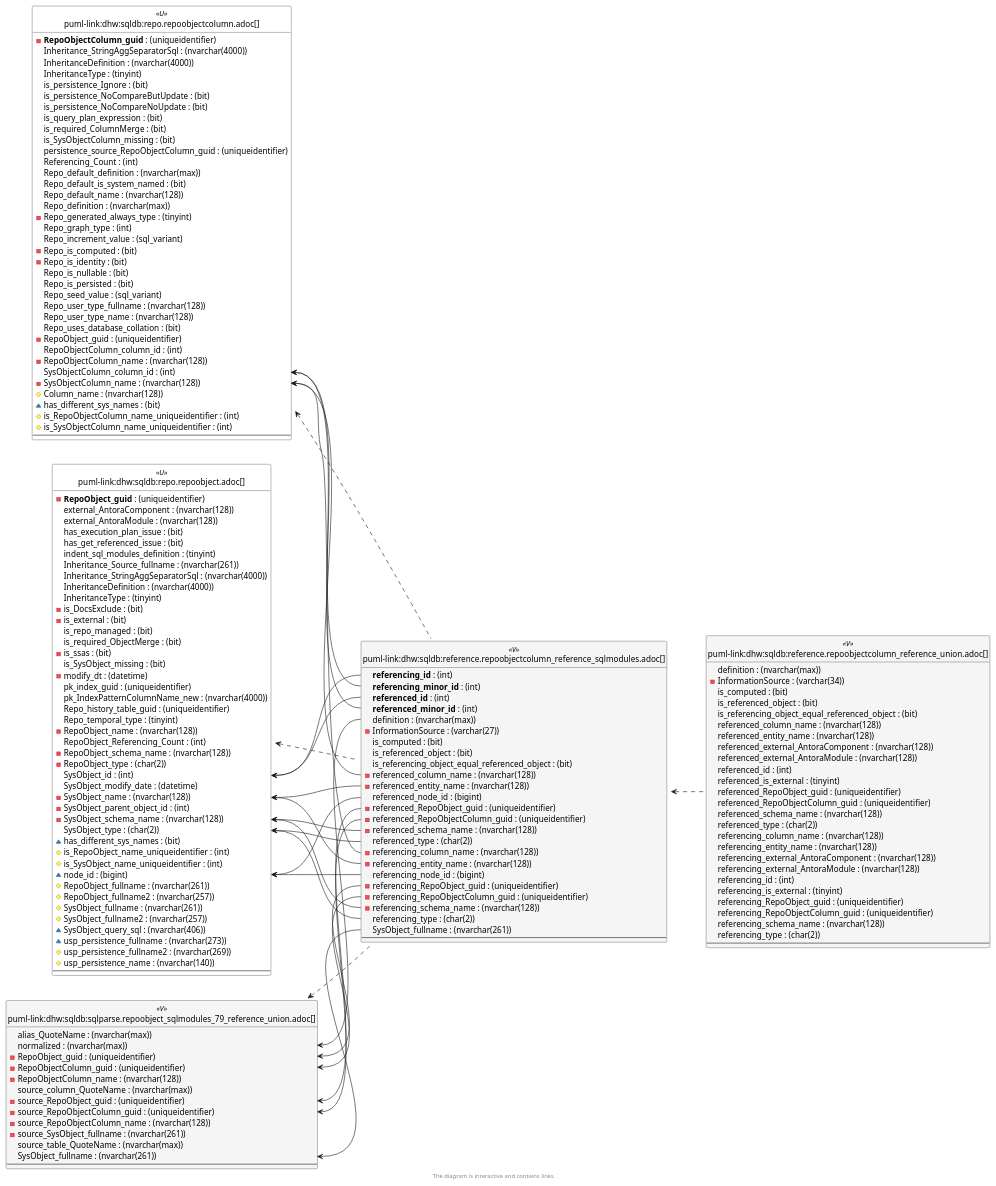
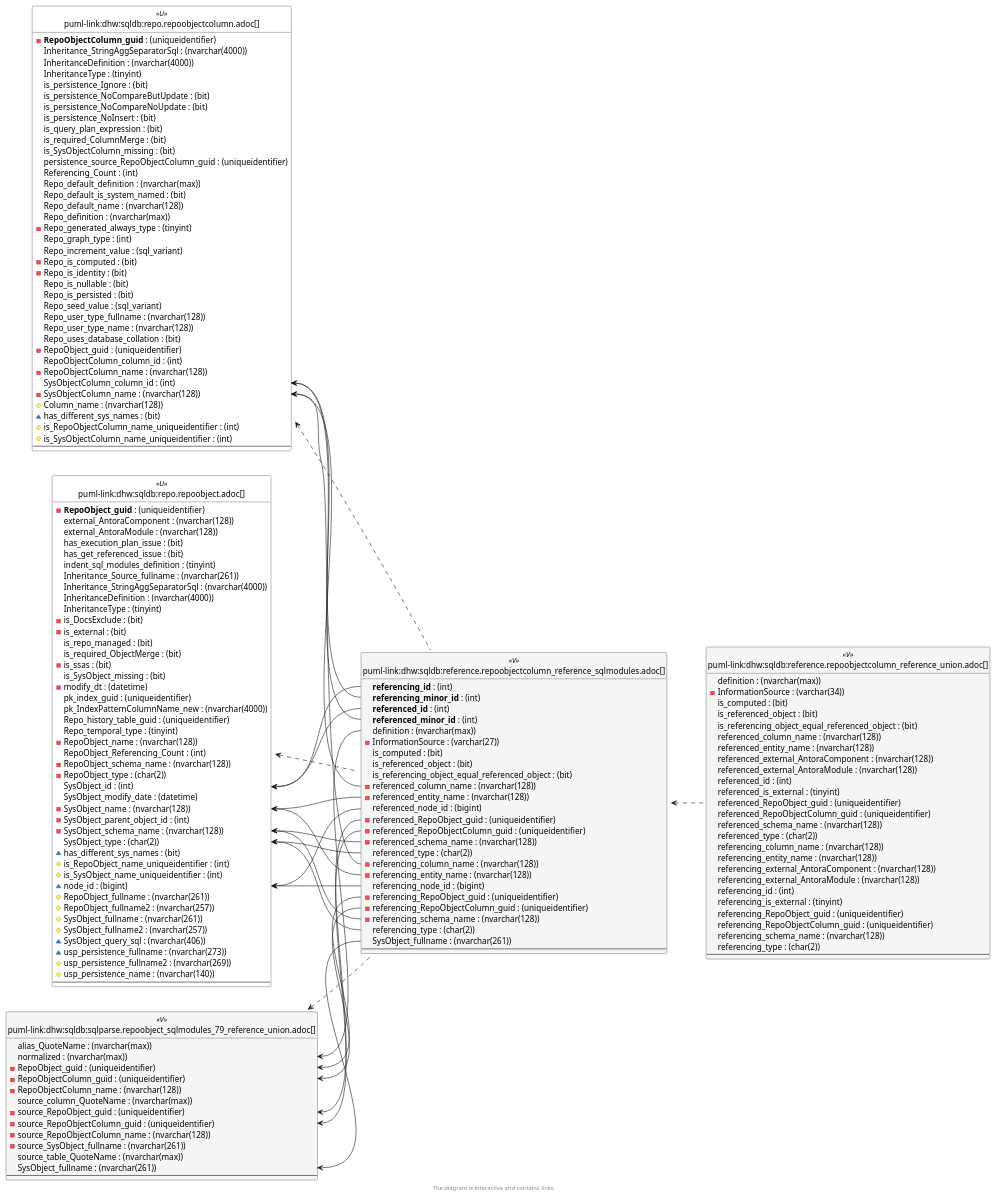
The sixth of 6 diagrams in docs/modules/sqldb/partials/content/reference.repoobjectcolumn_reference_sqlmodules.adoc (DataHandwerk/dhw-antora-sqldb), drawn with PlantUML before and after one commit. The commit also changed other lines of this file and 701 other files, not shown here.

```diff
--- a/docs/modules/sqldb/partials/content/reference.repoobjectcolumn_reference_sqlmodules.adoc
+++ b/docs/modules/sqldb/partials/content/reference.repoobjectcolumn_reference_sqlmodules.adoc
@@ -2453,6 +2471,7 @@
   is_persistence_Ignore : (bit)
   is_persistence_NoCompareButUpdate : (bit)
   is_persistence_NoCompareNoUpdate : (bit)
+  is_persistence_NoInsert : (bit)
   is_query_plan_expression : (bit)
   is_required_ColumnMerge : (bit)
   is_SysObjectColumn_missing : (bit)
@@ -2517,8 +2536,8 @@
 "repo.RepoObject::SysObject_type" <-- "reference.RepoObjectColumn_reference_SqlModules::referencing_type"
 "repo.RepoObjectColumn::SysObjectColumn_column_id" <-- "reference.RepoObjectColumn_reference_SqlModules::referenced_minor_id"
 "repo.RepoObjectColumn::SysObjectColumn_column_id" <-- "reference.RepoObjectColumn_reference_SqlModules::referencing_minor_id"
+"repo.RepoObjectColumn::SysObjectColumn_name" <-- "reference.RepoObjectColumn_reference_SqlModules::referenced_column_name"
 "repo.RepoObjectColumn::SysObjectColumn_name" <-- "reference.RepoObjectColumn_reference_SqlModules::referencing_column_name"
-"repo.RepoObjectColumn::SysObjectColumn_name" <-- "reference.RepoObjectColumn_reference_SqlModules::referenced_column_name"
 "sqlparse.RepoObject_SqlModules_79_reference_union::normalized" <-- "reference.RepoObjectColumn_reference_SqlModules::definition"
 "sqlparse.RepoObject_SqlModules_79_reference_union::RepoObject_guid" <-- "reference.RepoObjectColumn_reference_SqlModules::referencing_RepoObject_guid"
 "sqlparse.RepoObject_SqlModules_79_reference_union::RepoObjectColumn_guid" <-- "reference.RepoObjectColumn_reference_SqlModules::referencing_RepoObjectColumn_guid"
```
